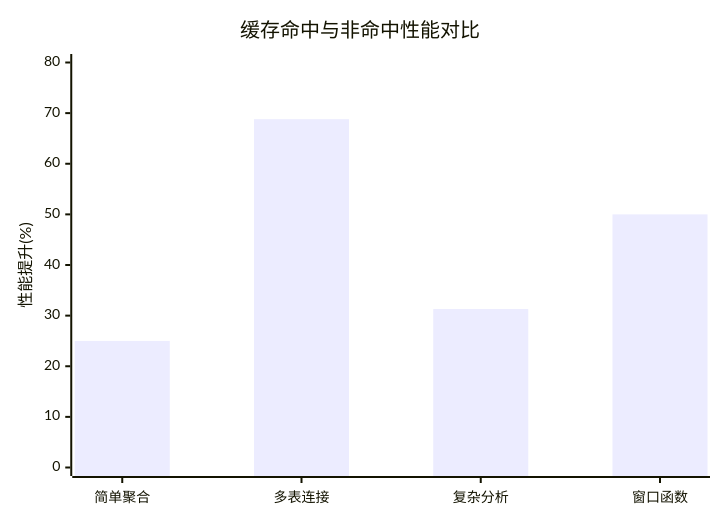
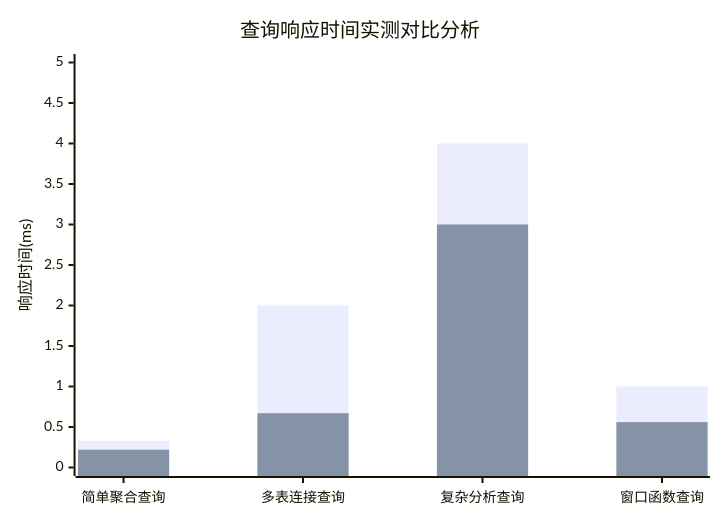
The diagram in md/images/5-图5.2 四类查询响应时间实测对比.mmd (crazypenguincode/duckdb), drawn with Mermaid before and after one commit. The commit also changed 93 other files, not shown here.

```diff
--- a/md/images/5-图5.2 四类查询响应时间实测对比.mmd
+++ b/md/images/5-图5.2 四类查询响应时间实测对比.mmd
@@ -1,5 +1,6 @@
 xychart-beta
-    title "缓存命中与非命中性能对比"
-    x-axis ["简单聚合", "多表连接", "复杂分析", "窗口函数"]
-    y-axis "性能提升(%)" 0 --> 80
-    bar [25.0, 68.8, 31.3, 50.0]
+    title "查询响应时间实测对比分析"
+    x-axis ["简单聚合查询", "多表连接查询", "复杂分析查询", "窗口函数查询"]
+    y-axis "响应时间(ms)" 0 --> 5
+    bar [0.33, 2.00, 4.00, 1.00]
+    bar [0.22, 0.67, 3.00, 0.56]
```
